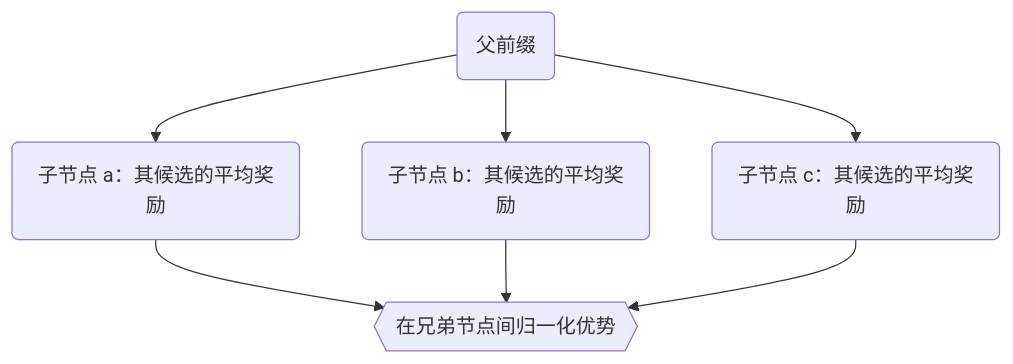
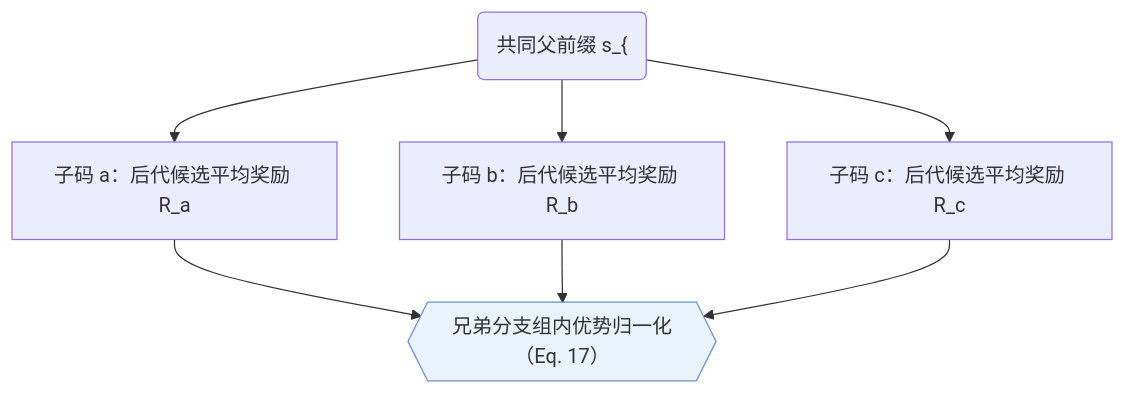
One commit to Galaxy-ghost/Awesome-SID-Generative-Rec changed the second of 2 diagrams in notes/zh/v-star.md. Above: the diagram before and after it, drawn with Mermaid. The commit also changed other lines of this file and 649 other files, not shown here.

Commit message:
writer-05: also tags and modality index (schema, check, build, visuals); summary field removed; calibration data for 12 papers

````diff
--- a/notes/zh/v-star.md
+++ b/notes/zh/v-star.md
@@ -37,9 +48,8 @@
 ```mermaid
 flowchart TD
-    P("父前缀") --> A("子节点 a：其候选的平均奖励")
-    P --> B("子节点 b：其候选的平均奖励")
-    P --> C("子节点 c：其候选的平均奖励")
-    A --> N{{"在兄弟节点间归一化优势"}}
-    B --> N
-    C --> N
+    P("共同父前缀 s_{<t}") --> A["子码 a：后代候选平均奖励 R_a"]
+    P --> B["子码 b：后代候选平均奖励 R_b"]
+    P --> C["子码 c：后代候选平均奖励 R_c"]
+    A & B & C --> N{{"兄弟分支组内优势归一化（Eq. 17）"}}:::key
+    classDef key fill:#eaf2fb,stroke:#6b8fc7
 ```
````
